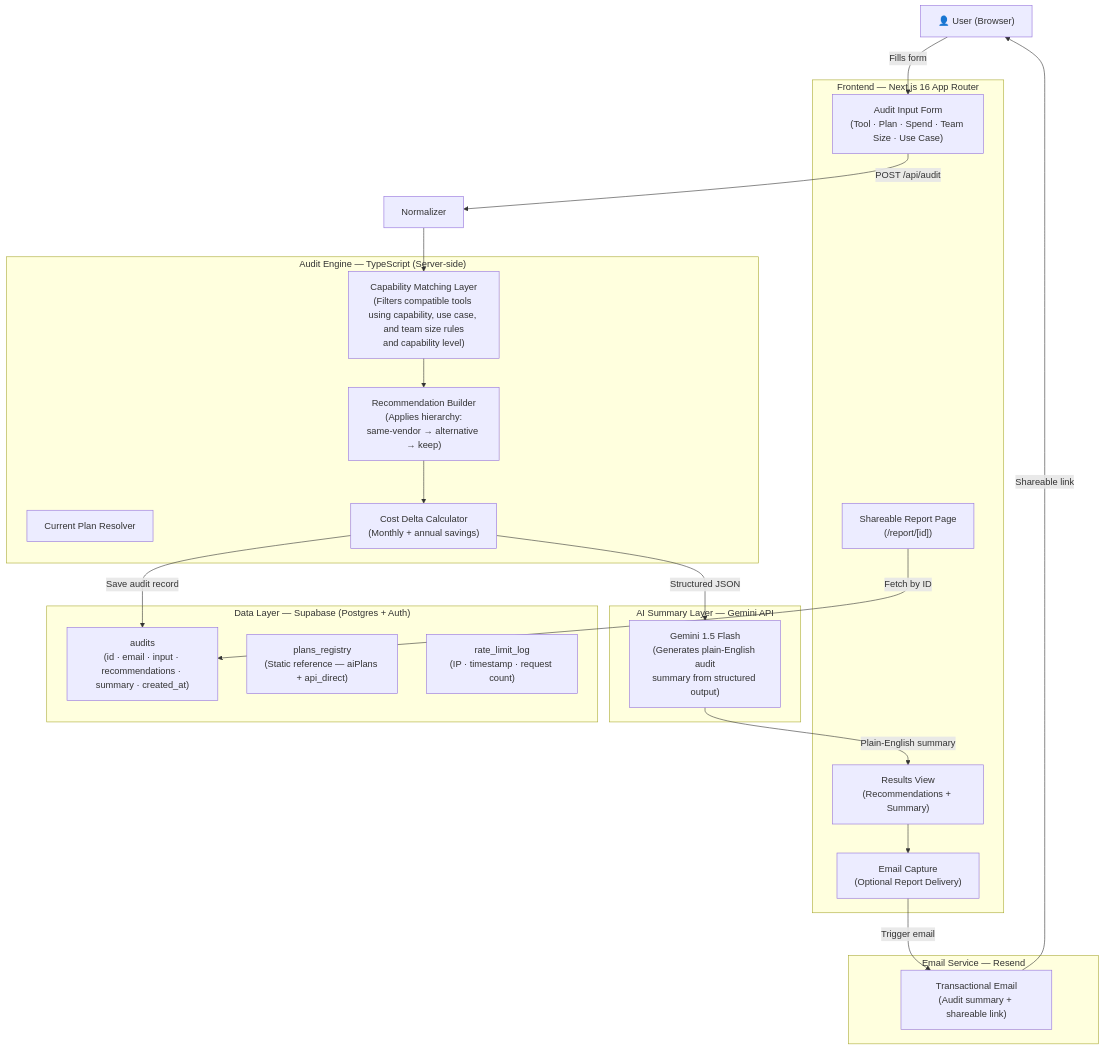
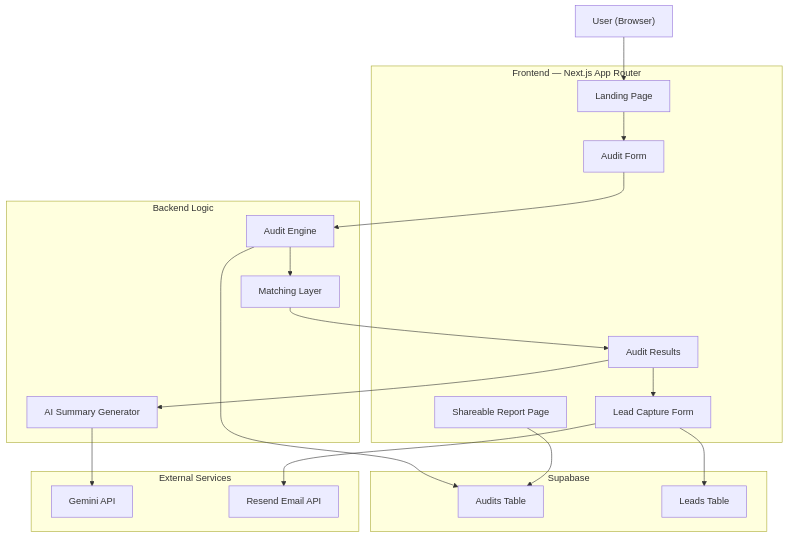
The diagram in ARCHITECTURE.md (tarundeepakjain/PromptLedger), drawn with Mermaid before and after one commit. The commit also changed other lines of this file, not shown here.

Commit message:
docs: add detailed architecture documentation and system design overview

````diff
--- a/ARCHITECTURE.md
+++ b/ARCHITECTURE.md
@@ -35,45 +40,41 @@
 ```mermaid
 graph TD
-    User["👤 User (Browser)"]
+    User["User (Browser)"]
 
-    subgraph Frontend ["Frontend — Next.js 16 App Router"]
-        AuditForm["Audit Input Form\n(Tool · Plan · Spend · Team Size · Use Case)"]
-        ResultsView["Results View\n(Recommendations + Summary)"]
-        EmailCapture["Email Capture\n(Optional Report Delivery)"]
-        ShareablePage["Shareable Report Page\n(/report/[id])"]
+    subgraph Frontend["Frontend — Next.js App Router"]
+        Landing["Landing Page"]
+        AuditForm["Audit Form"]
+        Results["Audit Results"]
+        SharePage["Shareable Report Page"]
+        EmailCapture["Lead Capture Form"]
     end
 
-    subgraph AuditEngine ["Audit Engine — TypeScript (Server-side)"]
-        PlanResolver["Current Plan Resolver"]
-        MatchingLayer["Capability Matching Layer\n(Filters compatible tools using capability, use case, and team size rules\nand capability level)"]
-        RecommendationBuilder["Recommendation Builder\n(Applies hierarchy:\nsame-vendor → alternative → keep)"]
-        CostCalculator["Cost Delta Calculator\n(Monthly + annual savings)"]
+    subgraph Backend["Backend Logic"]
+        AuditEngine["Audit Engine"]
+        Matching["Matching Layer"]
+        Summary["AI Summary Generator"]
     end
 
-    subgraph AILayer ["AI Summary Layer — Gemini API"]
-        SummaryGen["Gemini 1.5 Flash\n(Generates plain-English audit\nsummary from structured output)"]
+    subgraph Database["Supabase"]
+        AuditTable["Audits Table"]
+        LeadsTable["Leads Table"]
     end
 
-    subgraph DataLayer ["Data Layer — Supabase (Postgres + Auth)"]
-        AuditsTable["audits\n(id · email · input · recommendations · summary · created_at)"]
-        PlansRegistry["plans_registry\n(Static reference — aiPlans + api_direct)"]
-        RateLimitLog["rate_limit_log\n(IP · timestamp · request count)"]
+    subgraph External["External Services"]
+        Gemini["Gemini API"]
+        Resend["Resend Email API"]
     end
 
-    subgraph EmailLayer ["Email Service — Resend"]
-        ReportEmail["Transactional Email\n(Audit summary + shareable link)"]
-    end
-
-    User -->|Fills form| AuditForm
-    AuditForm -->|POST /api/audit| Normalizer
-    Normalizer --> MatchingLayer
-    MatchingLayer --> RecommendationBuilder
-    RecommendationBuilder --> CostCalculator
-    CostCalculator -->|Structured JSON| SummaryGen
-    SummaryGen -->|Plain-English summary| ResultsView
-    CostCalculator -->|Save audit record| AuditsTable
-    ResultsView --> EmailCapture
-    EmailCapture -->|Trigger email| ReportEmail
-    ReportEmail -->|Shareable link| User
-    ShareablePage -->|Fetch by ID| AuditsTable
+    User --> Landing
+    Landing --> AuditForm
+    AuditForm --> AuditEngine
+    AuditEngine --> Matching
+    Matching --> Results
+    Results --> Summary
+    Summary --> Gemini
+    Results --> EmailCapture
+    EmailCapture --> Resend
+    AuditEngine --> AuditTable
+    EmailCapture --> LeadsTable
+    SharePage --> AuditTable
 ```
````
